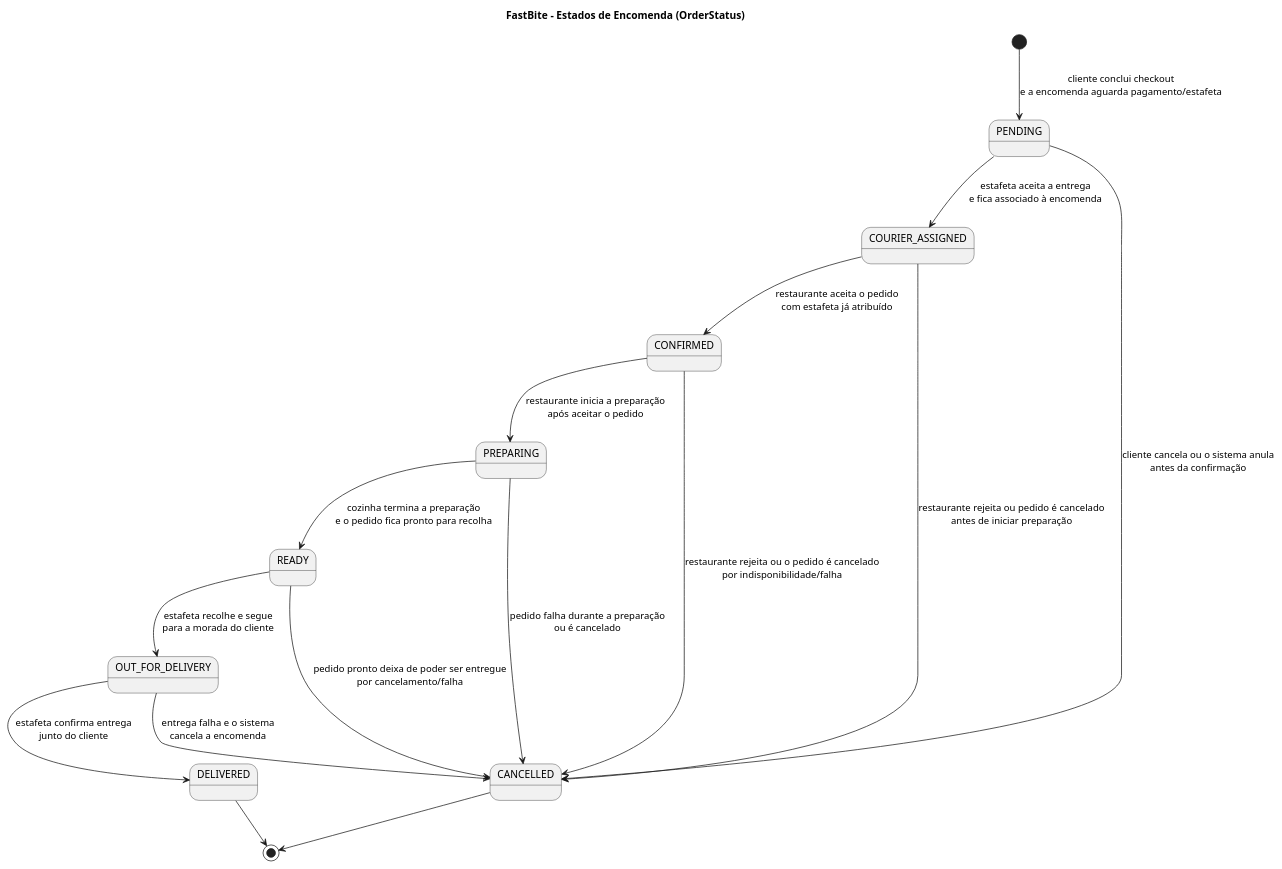
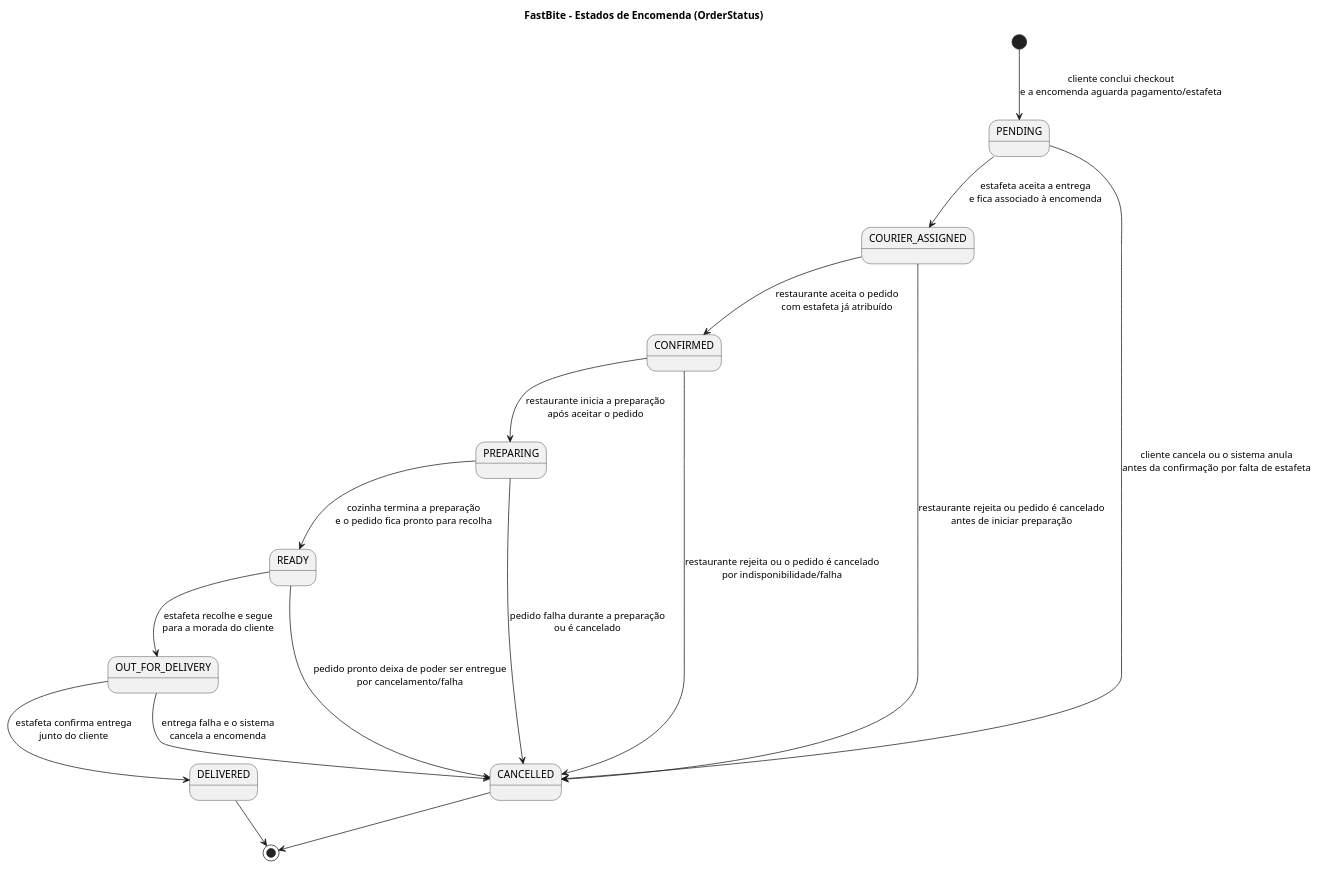
One commit to DuarteMSousa/FastBite changed the diagram in Documentacao/docs novas/04a_estado_encomenda.puml. Above: the diagram before and after it, drawn with PlantUML. The commit also changed 2 other files, not shown here.

Commit message:
Refine wording in state diagrams (PUML)
Adjust text in three PlantUML state diagrams to clarify status transitions:

- Documentacao/docs novas/04a_estado_encomenda.puml: Clarify PENDING->CANCELLED reason to indicate cancellation due to lack of available courier.
- Documentacao/docs novas/04b_estado_pagamento.puml: Remove an incorrect initial transition to COMPLETED so payment starts in PENDING until confirmation/expiration.
- Documentacao/docs novas/04c_estado_entrega.puml: Simplify IN_TRANSIT->FAILED label to a generic "algum problema" to avoid overly specific failure reasons.

These tweaks improve accuracy and readability of the order/payment/delivery state diagrams.

```diff
--- a/Documentacao/docs novas/04a_estado_encomenda.puml
+++ b/Documentacao/docs novas/04a_estado_encomenda.puml
@@ -1,29 +1,29 @@
 @startuml FastBite_State_Order
 title FastBite - Estados de Encomenda (OrderStatus)
 
 skinparam shadowing false
 
 [*] --> PENDING : cliente conclui checkout\ne a encomenda aguarda pagamento/estafeta
 
 PENDING --> COURIER_ASSIGNED : estafeta aceita a entrega\ne fica associado à encomenda
-PENDING --> CANCELLED : cliente cancela ou o sistema anula\nantes da confirmação
+PENDING --> CANCELLED : cliente cancela ou o sistema anula\nantes da confirmação por falta de estafeta
 
 COURIER_ASSIGNED --> CONFIRMED : restaurante aceita o pedido\ncom estafeta já atribuído
 COURIER_ASSIGNED --> CANCELLED : restaurante rejeita ou pedido é cancelado\nantes de iniciar preparação
 
 CONFIRMED --> PREPARING : restaurante inicia a preparação\napós aceitar o pedido
 CONFIRMED --> CANCELLED : restaurante rejeita ou o pedido é cancelado\npor indisponibilidade/falha
 
 PREPARING --> READY : cozinha termina a preparação\ne o pedido fica pronto para recolha
 PREPARING --> CANCELLED : pedido falha durante a preparação\nou é cancelado
 
 READY --> OUT_FOR_DELIVERY : estafeta recolhe e segue\npara a morada do cliente
 READY --> CANCELLED : pedido pronto deixa de poder ser entregue\npor cancelamento/falha
 
 OUT_FOR_DELIVERY --> DELIVERED : estafeta confirma entrega\njunto do cliente
 OUT_FOR_DELIVERY --> CANCELLED : entrega falha e o sistema\ncancela a encomenda
 
 DELIVERED --> [*]
 CANCELLED --> [*]
 
 @enduml
```
